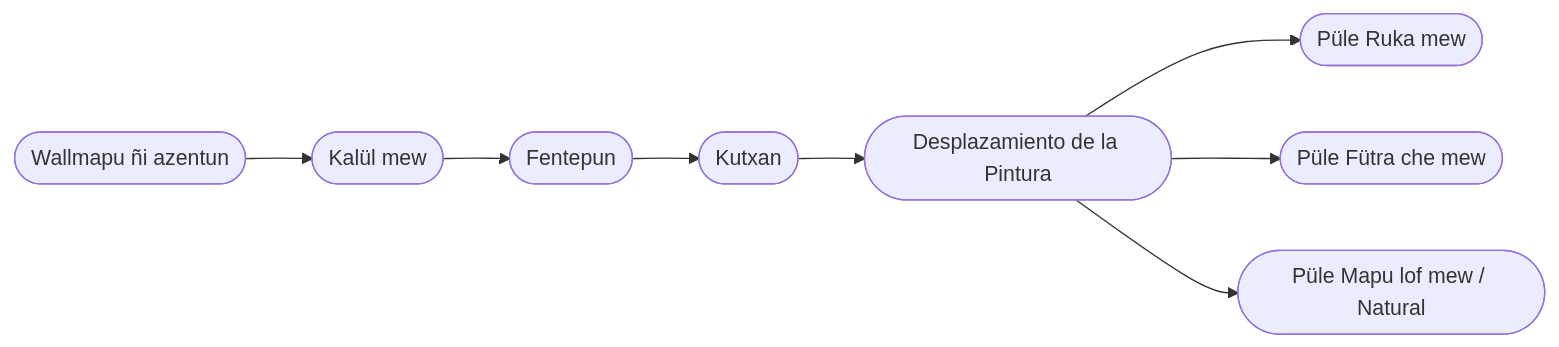
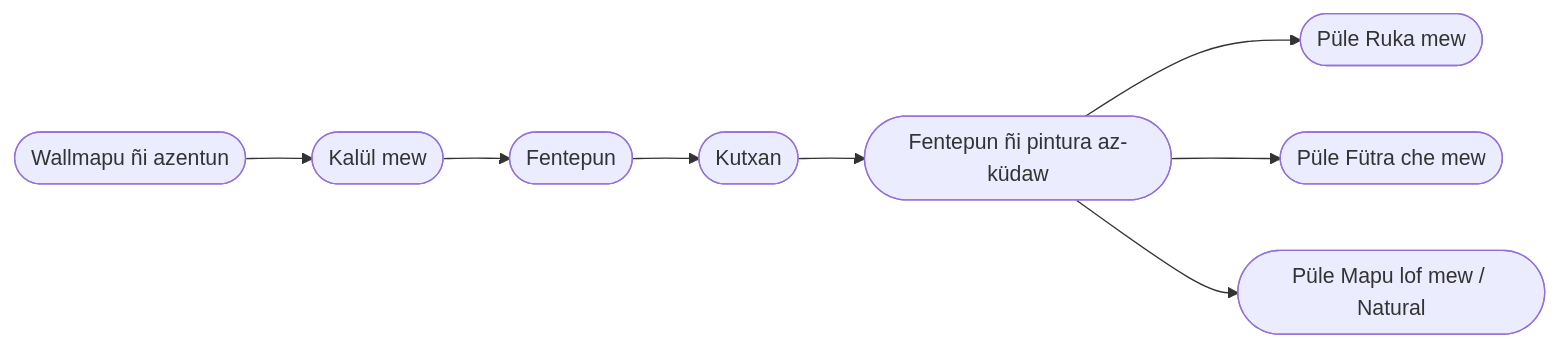
The diagram in MPD/desplazamiento-pintura.md (EGGS-Artesvisuales/EGGS-Artesvisuales.github.io), drawn with Mermaid before and after one commit. The commit also changed other lines of this file and 41 other files, not shown here.

```diff
--- a/MPD/desplazamiento-pintura.md
+++ b/MPD/desplazamiento-pintura.md
@@ -29,32 +29,32 @@
 <div class="mermaid">
 graph LR
   Z([Wallmapu ñi azentun])
   Y([Kalül mew])
   A([Fentepun])
   B([Kutxan])
-  F([Desplazamiento de la Pintura])
+  F([Fentepun ñi pintura az-küdaw])
 
   F1([Püle Ruka mew])
   F2([Püle Fütra che mew])
   F3([Püle Mapu lof mew / Natural])
 
   Z --> Y
   Y --> A
   A --> B
   B --> F
 
   F --> F1
   F --> F2
   F --> F3
 
   %% Enlaces (existentes)
   click Z "/MPD/mundo-exterior.html" "Adkintun: Wallmapu ñi azentun"
   click Y "/MPD/tangible.html" "Adkintun: Kalül mew"
   click A "/MPD/saturacion.html" "Adkintun: Fentepun"
   click B "/MPD/la-peste.html" "Adkintun: Kutxan"
-  click F "/MPD/desplazamiento-pintura.html" "Amun: Desplazamiento de la Pintura"
+  click F "/MPD/desplazamiento-pintura.html" "Amun: Fentepun ñi pintura az-küdaw"
   click F1 "/MPD/espacio-domestico.html" "Amun: Püle Ruka mew"
   click F2 "/MPD/espacio-publico.html" "Amun: Püle Fütra che mew"
   click F3 "/MPD/espacio-rural.html" "Amun: Püle Mapu lof mew / Natural"
 
 </div>
```
